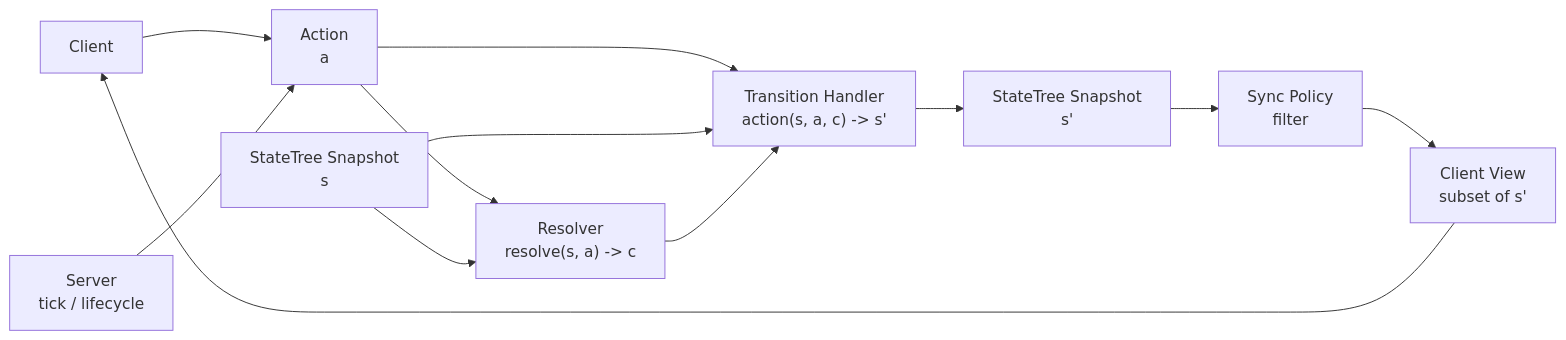
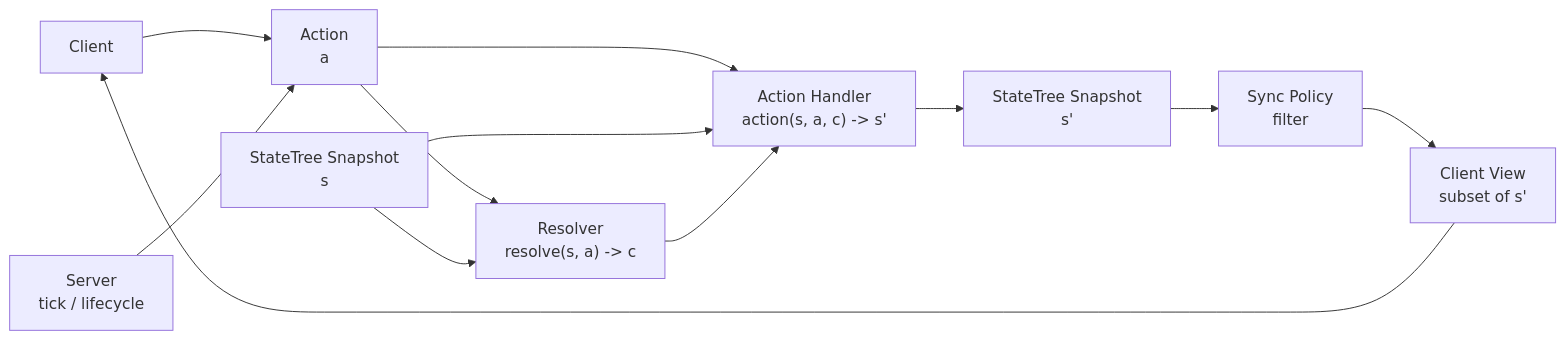
Before and after one commit to gmliao/swift-state-tree: the first of 2 diagrams in deep-research/emse-artifacts/SECTION3_DRAFT.md, drawn with Mermaid. The commit also changed other lines of this file, not shown here.

First line of the commit message:
refactor: enhance SECTION3_DRAFT with clearer terminology and action handling

````diff
--- a/deep-research/emse-artifacts/SECTION3_DRAFT.md
+++ b/deep-research/emse-artifacts/SECTION3_DRAFT.md
@@ -13,26 +15,26 @@
 ```mermaid
 flowchart LR
   %% Programming model (language-agnostic)
 
   C["Client"]
   Srv["Server<br/>tick / lifecycle"]
   I["Action<br/>a"]
 
   S0["StateTree Snapshot<br/>s"]
   R["Resolver<br/>resolve(s, a) -> c"]
-  A["Transition Handler<br/>action(s, a, c) -> s'"]
+  A["Action Handler<br/>action(s, a, c) -> s'"]
   S1["StateTree Snapshot<br/>s'"]
 
   C --> I
   Srv --> I
   I --> R
   S0 --> R
   I --> A
   S0 --> A
   R --> A
   A --> S1
 
   P["Sync Policy<br/>filter"]
   V["Client View<br/>subset of s'"]
   S1 --> P --> V --> C
 ```
````
